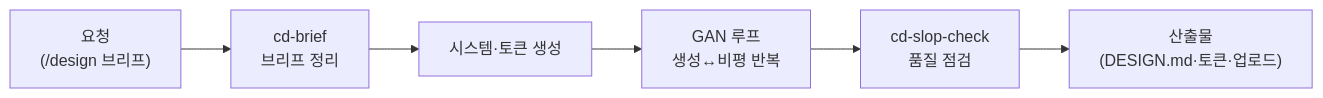
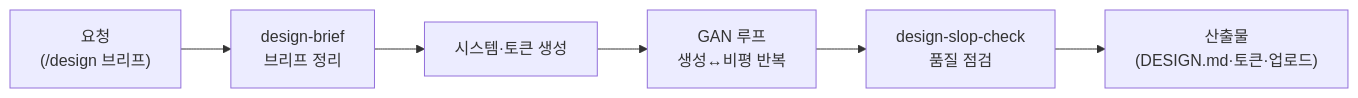
Before and after one commit to modu-ai/cowork-plugins: the diagram in www/content/moai-agents/designer.md, drawn with Mermaid. The commit also changed other lines of this file and 43 other files, not shown here.

````diff
--- a/www/content/moai-agents/designer.md
+++ b/www/content/moai-agents/designer.md
@@ -14,8 +14,8 @@
 ```mermaid
 flowchart LR
-   A["요청<br/>(/design 브리프)"] --> B["cd-brief<br/>브리프 정리"]
+   A["요청<br/>(/design 브리프)"] --> B["design-brief<br/>브리프 정리"]
    B --> C["시스템·토큰 생성"]
    C --> D["GAN 루프<br/>생성↔비평 반복"]
-   D --> E["cd-slop-check<br/>품질 점검"]
+   D --> E["design-slop-check<br/>품질 점검"]
    E --> F["산출물<br/>(DESIGN.md·토큰·업로드)"]
 ```
````
